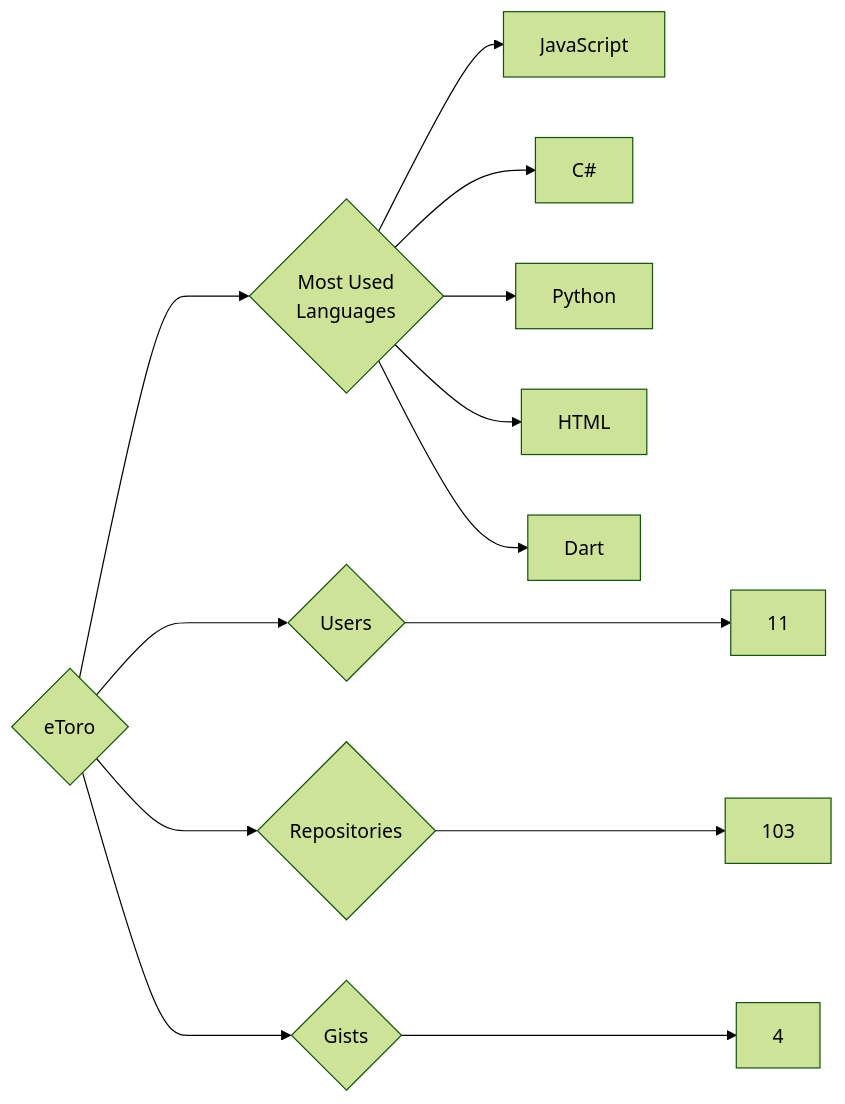
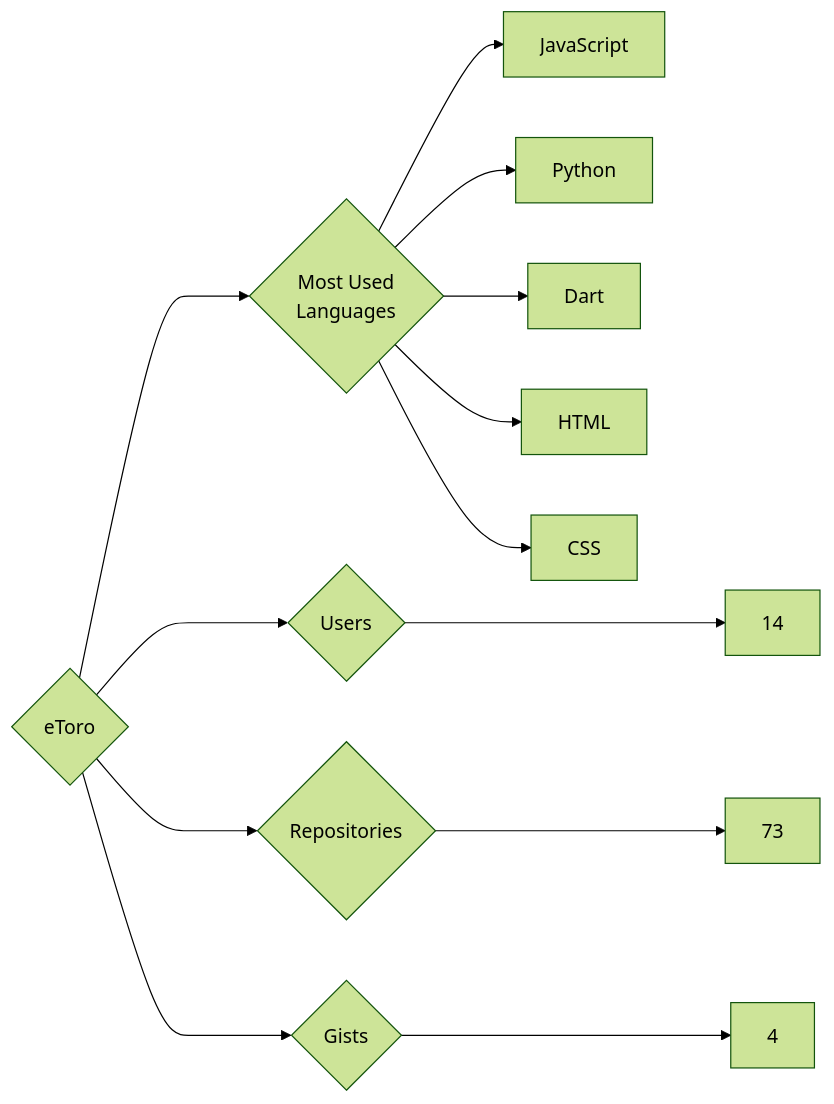
Before and after one commit to trickest/insiders: the diagram in targets/eToro/README.md, drawn with Mermaid (forest theme). The commit also changed 912 other files, not shown here.

````diff
--- a/targets/eToro/README.md
+++ b/targets/eToro/README.md
@@ -3,13 +3,13 @@
 ```mermaid
 graph LR
 COMPANY_NAME{eToro}
-COMPANY_NAME ---> U{Users} ---> UN[11]
-COMPANY_NAME ---> R{Repositories} ---> RN[103]
+COMPANY_NAME ---> U{Users} ---> UN[14]
+COMPANY_NAME ---> R{Repositories} ---> RN[73]
 COMPANY_NAME ---> G{Gists} ---> GN[4]
 COMPANY_NAME ---> ML{Most Used<br>Languages}
 ML --> JavaScript[JavaScript]
-ML --> C#[C#]
 ML --> Python[Python]
+ML --> Dart[Dart]
 ML --> HTML[HTML]
-ML --> Dart[Dart]
+ML --> CSS[CSS]
 ```
````
